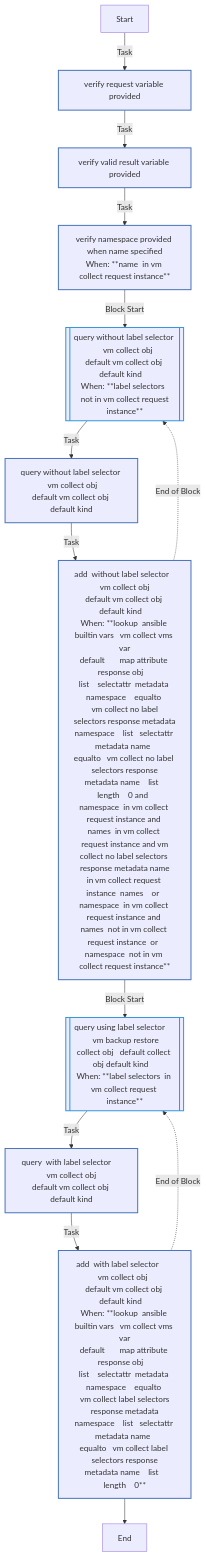
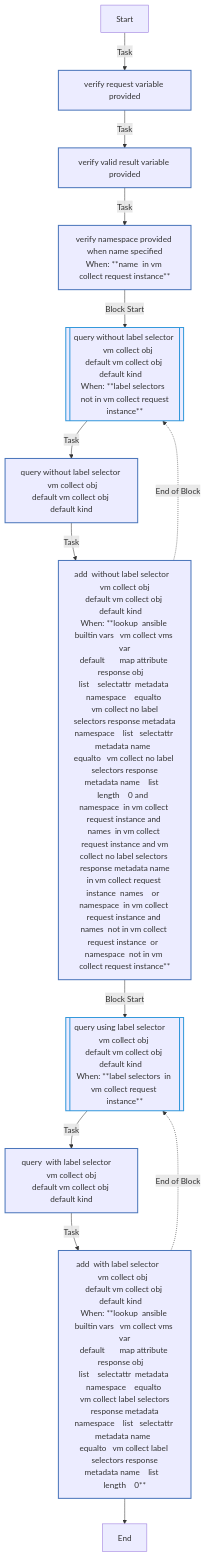
Before and after one commit to redhat-cop/openshift_virtualization_ops: the first of 2 diagrams in roles/vm_collect/README.md, drawn with Mermaid. The commit also changed other lines of this file and 49 other files, not shown here.

````diff
--- a/roles/vm_collect/README.md
+++ b/roles/vm_collect/README.md
@@ -60,25 +60,25 @@
 ```mermaid
 flowchart TD
 Start
 classDef block stroke:#3498db,stroke-width:2px;
 classDef task stroke:#4b76bb,stroke-width:2px;
 classDef includeTasks stroke:#16a085,stroke-width:2px;
 classDef importTasks stroke:#34495e,stroke-width:2px;
 classDef includeRole stroke:#2980b9,stroke-width:2px;
 classDef importRole stroke:#699ba7,stroke-width:2px;
 classDef includeVars stroke:#8e44ad,stroke-width:2px;
 classDef rescue stroke:#665352,stroke-width:2px;
 
   Start-->|Task| Verify_Request_Variable_Provided0[verify request variable provided]:::task
   Verify_Request_Variable_Provided0-->|Task| Verify_Valid_Result_Variable_Provided1[verify valid result variable provided]:::task
   Verify_Valid_Result_Variable_Provided1-->|Task| Verify_Namespace_Provided_When_Name_Specified2[verify namespace provided when name specified<br>When: **name  in vm collect request instance**]:::task
   Verify_Namespace_Provided_When_Name_Specified2-->|Block Start| Query_Without_Label_Selector______vm_collect_obj___default_vm_collect_obj_default_kind____3_block_start_0[[query without label selector      vm collect obj  <br>default vm collect obj default kind    <br>When: **label selectors  not in vm collect request<br>instance**]]:::block
   Query_Without_Label_Selector______vm_collect_obj___default_vm_collect_obj_default_kind____3_block_start_0-->|Task| Query_Without_Label_Selector____vm_collect_obj___default_vm_collect_obj_default_kind____0[query without label selector    vm collect obj  <br>default vm collect obj default kind    ]:::task
   Query_Without_Label_Selector____vm_collect_obj___default_vm_collect_obj_default_kind____0-->|Task| Add__Without_Label_Selector_____vm_collect_obj___default_vm_collect_obj_default_kind____1[add  without label selector     vm collect obj  <br>default vm collect obj default kind    <br>When: **lookup  ansible builtin vars   vm collect vms var<br> default       map attribute  response obj    <br>list    selectattr  metadata namespace    equalto <br> vm collect no label selectors response metadata<br>namespace    list   selectattr  metadata name   <br>equalto   vm collect no label selectors response<br>metadata name    list   length    0 and  <br>namespace  in vm collect request instance and <br>names  in vm collect request instance and vm<br>collect no label selectors response metadata name<br>in vm collect request instance  names    or  <br>namespace  in vm collect request instance and <br>names  not in vm collect request instance  or  <br>namespace  not in vm collect request instance**]:::task
   Add__Without_Label_Selector_____vm_collect_obj___default_vm_collect_obj_default_kind____1-.->|End of Block| Query_Without_Label_Selector______vm_collect_obj___default_vm_collect_obj_default_kind____3_block_start_0
-  Add__Without_Label_Selector_____vm_collect_obj___default_vm_collect_obj_default_kind____1-->|Block Start| Query_Using_Label_Selector______vm_backup_restore_collect_obj___default_collect_obj_default_kind____4_block_start_0[[query using label selector      vm backup restore<br>collect obj   default collect obj default kind    <br>When: **label selectors  in vm collect request instance**]]:::block
-  Query_Using_Label_Selector______vm_backup_restore_collect_obj___default_collect_obj_default_kind____4_block_start_0-->|Task| Query__With_Label_Selector_______vm_collect_obj___default_vm_collect_obj_default_kind____0[query  with label selector       vm collect obj  <br>default vm collect obj default kind    ]:::task
+  Add__Without_Label_Selector_____vm_collect_obj___default_vm_collect_obj_default_kind____1-->|Block Start| Query_Using_Label_Selector______vm_collect_obj___default_vm_collect_obj_default_kind____4_block_start_0[[query using label selector      vm collect obj  <br>default vm collect obj default kind    <br>When: **label selectors  in vm collect request instance**]]:::block
+  Query_Using_Label_Selector______vm_collect_obj___default_vm_collect_obj_default_kind____4_block_start_0-->|Task| Query__With_Label_Selector_______vm_collect_obj___default_vm_collect_obj_default_kind____0[query  with label selector       vm collect obj  <br>default vm collect obj default kind    ]:::task
   Query__With_Label_Selector_______vm_collect_obj___default_vm_collect_obj_default_kind____0-->|Task| Add__With_Label_Selector_______vm_collect_obj___default_vm_collect_obj_default_kind____1[add  with label selector       vm collect obj  <br>default vm collect obj default kind    <br>When: **lookup  ansible builtin vars   vm collect vms var<br> default       map attribute  response obj    <br>list    selectattr  metadata namespace    equalto <br> vm collect label selectors response metadata<br>namespace    list   selectattr  metadata name   <br>equalto   vm collect label selectors response<br>metadata name    list   length    0**]:::task
-  Add__With_Label_Selector_______vm_collect_obj___default_vm_collect_obj_default_kind____1-.->|End of Block| Query_Using_Label_Selector______vm_backup_restore_collect_obj___default_collect_obj_default_kind____4_block_start_0
+  Add__With_Label_Selector_______vm_collect_obj___default_vm_collect_obj_default_kind____1-.->|End of Block| Query_Using_Label_Selector______vm_collect_obj___default_vm_collect_obj_default_kind____4_block_start_0
   Add__With_Label_Selector_______vm_collect_obj___default_vm_collect_obj_default_kind____1-->End
 ```
````
